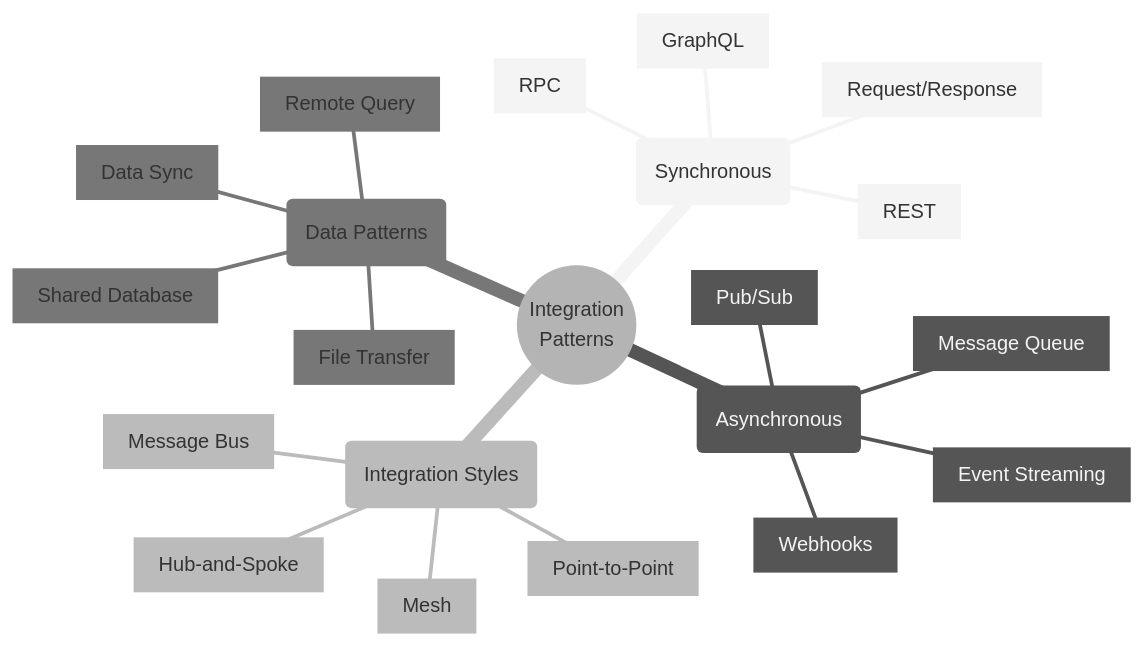
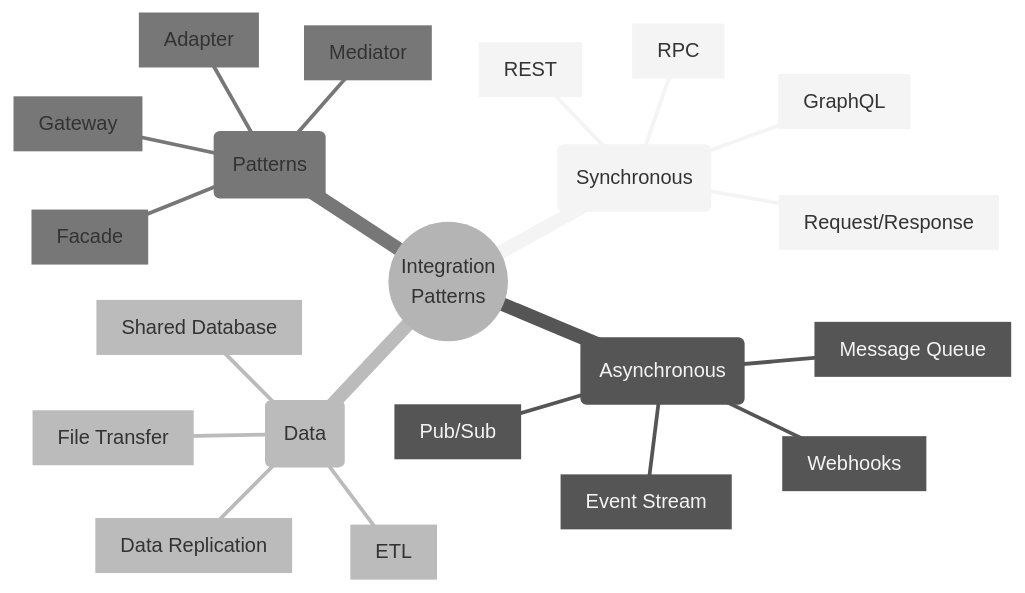
One commit to saravanakumarrc/Architecture_Journey changed the first of 3 diagrams in src/Integration_Patterns_and_Antipatterns.md. Above: the diagram before and after it, drawn with Mermaid (neutral theme). The commit also changed other lines of this file and 6 other files, not shown here.

First line of the commit message:
Refactor observability documentation: streamline sections, enhance clarity, and update diagrams for better understanding of monitoring components and patterns.

````diff
--- a/src/Integration_Patterns_and_Antipatterns.md
+++ b/src/Integration_Patterns_and_Antipatterns.md
@@ -3,25 +3,25 @@
 ```mermaid
 mindmap
     root((Integration
         Patterns))
         (Synchronous)
             [Request/Response]
             [RPC]
             [REST]
             [GraphQL]
         (Asynchronous)
             [Message Queue]
             [Pub/Sub]
-            [Event Streaming]
+            [Event Stream]
             [Webhooks]
-        (Integration Styles)
-            [Point-to-Point]
-            [Hub-and-Spoke]
-            [Message Bus]
-            [Mesh]
-        (Data Patterns)
+        (Data)
             [File Transfer]
             [Shared Database]
-            [Remote Query]
-            [Data Sync]
+            [Data Replication]
+            [ETL]
+        (Patterns)
+            [Gateway]
+            [Facade]
+            [Adapter]
+            [Mediator]
 ```
````
